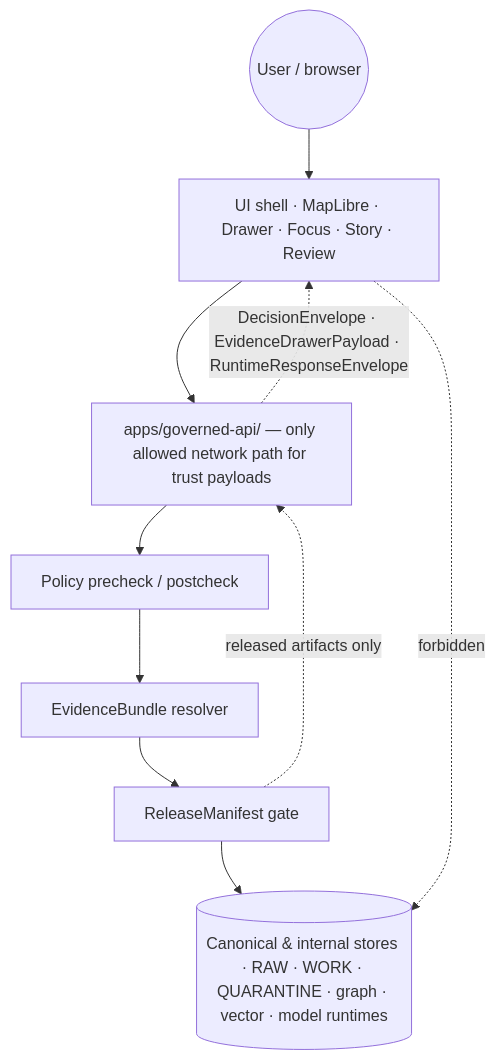
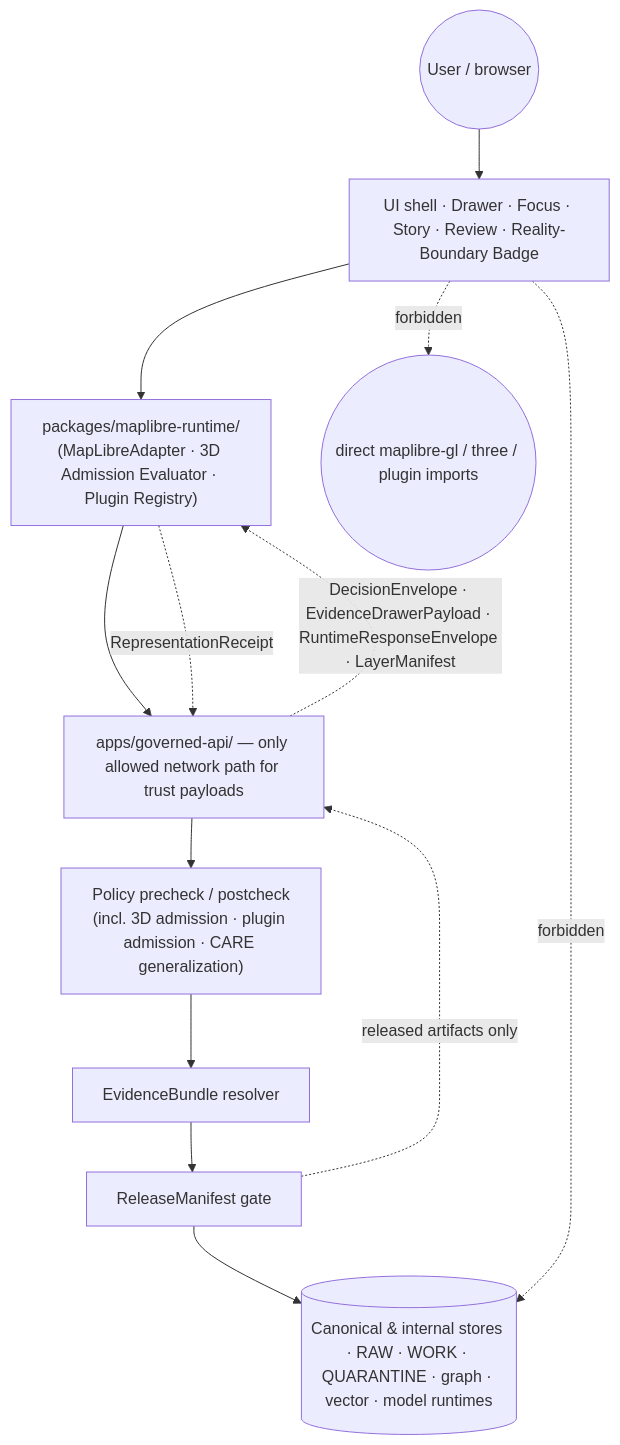
The second of 2 diagrams in docs/architecture/ui/README.md (bartytime4life/Kansas-Frontier-Matrix), drawn with Mermaid before and after one commit. The commit also changed other lines of this file, not shown here.

````diff
--- a/docs/architecture/ui/README.md
+++ b/docs/architecture/ui/README.md
@@ -349,16 +380,20 @@
 ```mermaid
 flowchart TB
   user((User / browser))
-  ui[UI shell · MapLibre · Drawer · Focus · Story · Review]
-  api[apps/governed-api/ — only allowed network path for trust payloads]
+  ui["UI shell · Drawer · Focus · Story · Review · Reality-Boundary Badge"]
+  runtime["packages/maplibre-runtime/<br/>(MapLibreAdapter · 3D Admission Evaluator · Plugin Registry)"]
+  api["apps/governed-api/ — only allowed network path for trust payloads"]
   evidence[EvidenceBundle resolver]
-  policy[Policy precheck / postcheck]
+  policy["Policy precheck / postcheck<br/>(incl. 3D admission · plugin admission · CARE generalization)"]
   release[ReleaseManifest gate]
-  canon[(Canonical & internal stores · RAW · WORK · QUARANTINE · graph · vector · model runtimes)]
+  canon[("Canonical & internal stores · RAW · WORK · QUARANTINE · graph · vector · model runtimes")]
 
-  user --> ui --> api
+  user --> ui --> runtime
+  runtime --> api
   api --> policy --> evidence --> release --> canon
   release -.->|released artifacts only| api
-  api -.->|DecisionEnvelope · EvidenceDrawerPayload · RuntimeResponseEnvelope| ui
+  api -.->|"DecisionEnvelope · EvidenceDrawerPayload · RuntimeResponseEnvelope · LayerManifest"| runtime
+  runtime -.->|"RepresentationReceipt"| api
   ui -. forbidden .-> canon
+  ui -. forbidden .-> runtime_bypass(("direct maplibre-gl / three / plugin imports"))
 ```
````
